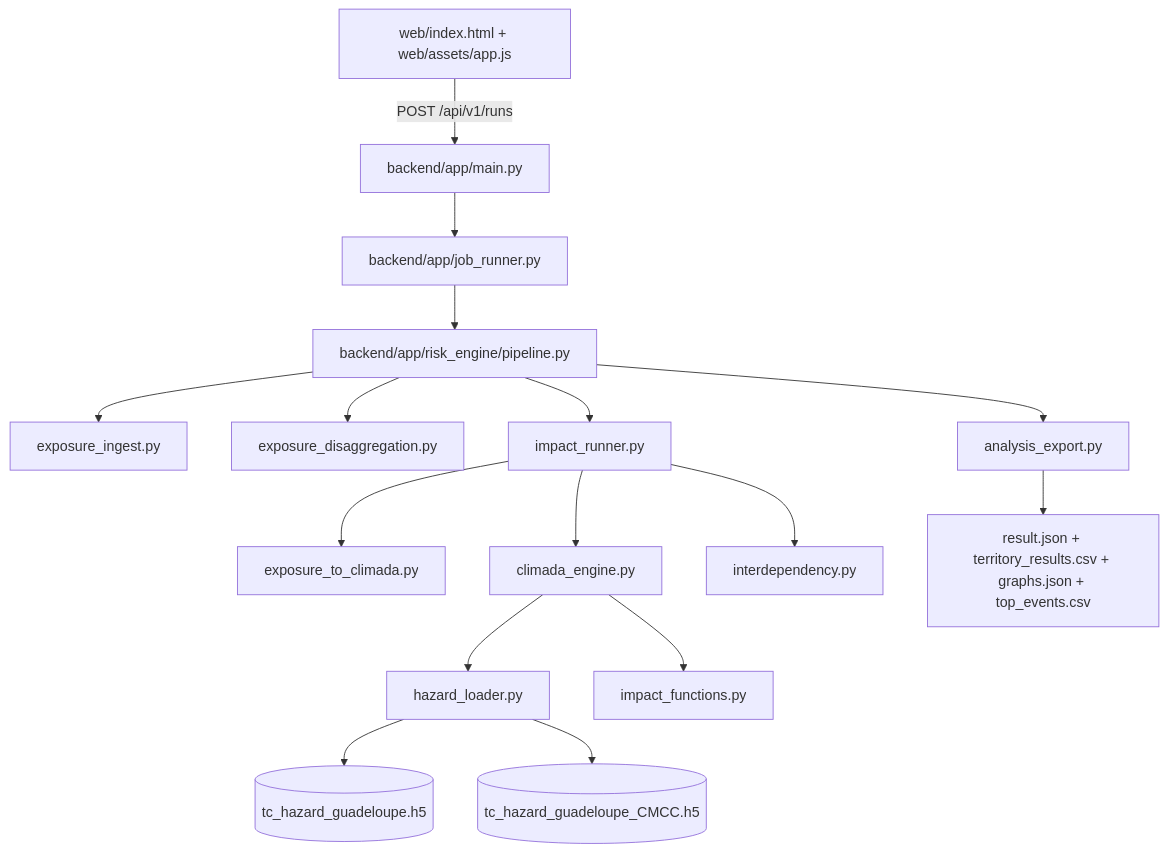
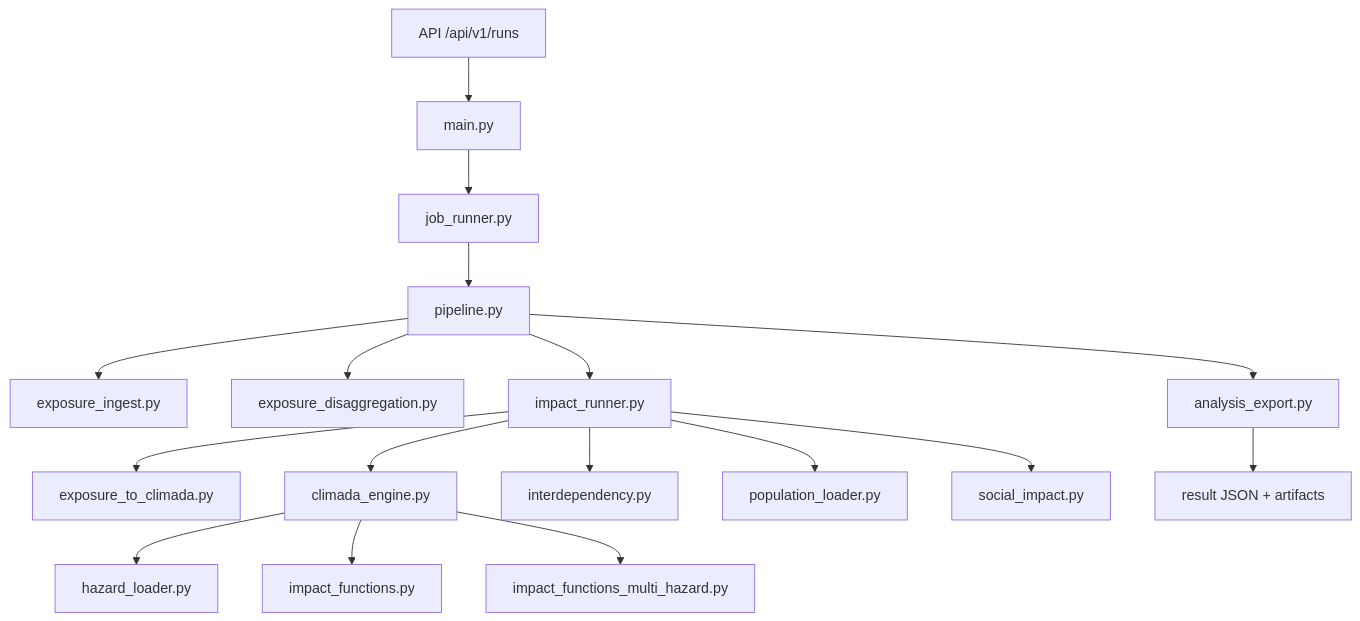
The diagram in docs/expert-review/note-backend-calculatoire.en.md (BottaBoy/SIB_ClimaRisk), drawn with Mermaid before and after one commit. The commit also changed other lines of this file and 31 other files, not shown here.

````diff
--- a/docs/expert-review/note-backend-calculatoire.en.md
+++ b/docs/expert-review/note-backend-calculatoire.en.md
@@ -17,21 +22,23 @@
 ```mermaid
 flowchart TD
-  A[web/index.html + web/assets/app.js] -->|POST /api/v1/runs| B[backend/app/main.py]
-  B --> C[backend/app/job_runner.py]
-  C --> D[backend/app/risk_engine/pipeline.py]
+  A[API /api/v1/runs] --> B[main.py]
+  B --> C[job_runner.py]
+  C --> D[pipeline.py]
 
   D --> E[exposure_ingest.py]
   D --> F[exposure_disaggregation.py]
   D --> G[impact_runner.py]
   D --> H[analysis_export.py]
 
   G --> I[exposure_to_climada.py]
   G --> J[climada_engine.py]
   G --> K[interdependency.py]
-  J --> L[hazard_loader.py]
-  J --> M[impact_functions.py]
-  L --> N[(tc_hazard_guadeloupe.h5)]
-  L --> O[(tc_hazard_guadeloupe_CMCC.h5)]
+  G --> L[population_loader.py]
+  G --> M[social_impact.py]
 
-  H --> P[result.json + territory_results.csv + graphs.json + top_events.csv]
+  J --> N[hazard_loader.py]
+  J --> O[impact_functions.py]
+  J --> P[impact_functions_multi_hazard.py]
+
+  H --> Q[result JSON + artifacts]
 ```
````
